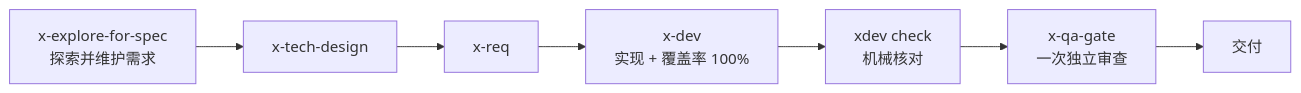
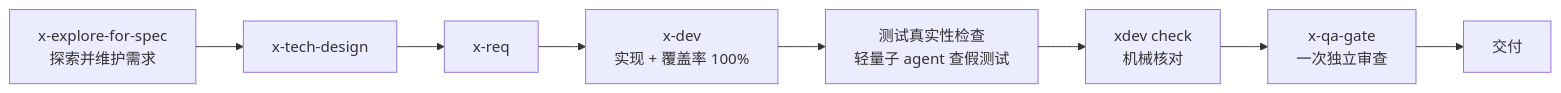
The diagram in README_zh.md (KtKID/x-dev-pipeline), drawn with Mermaid before and after one commit. The commit also changed other lines of this file and 48 other files, not shown here.

````diff
--- a/README_zh.md
+++ b/README_zh.md
@@ -25,9 +25,10 @@
 ```mermaid
 flowchart LR
     A["x-explore-for-spec<br/>探索并维护需求"] --> B["x-tech-design"]
     B --> C["x-req"]
     C --> D["x-dev<br/>实现 + 覆盖率 100%"]
-    D --> E["xdev check<br/>机械核对"]
+    D --> I["测试真实性检查<br/>轻量子 agent 查假测试"]
+    I --> E["xdev check<br/>机械核对"]
     E --> F["x-qa-gate<br/>一次独立审查"]
     F --> G["交付"]
 ```
````
